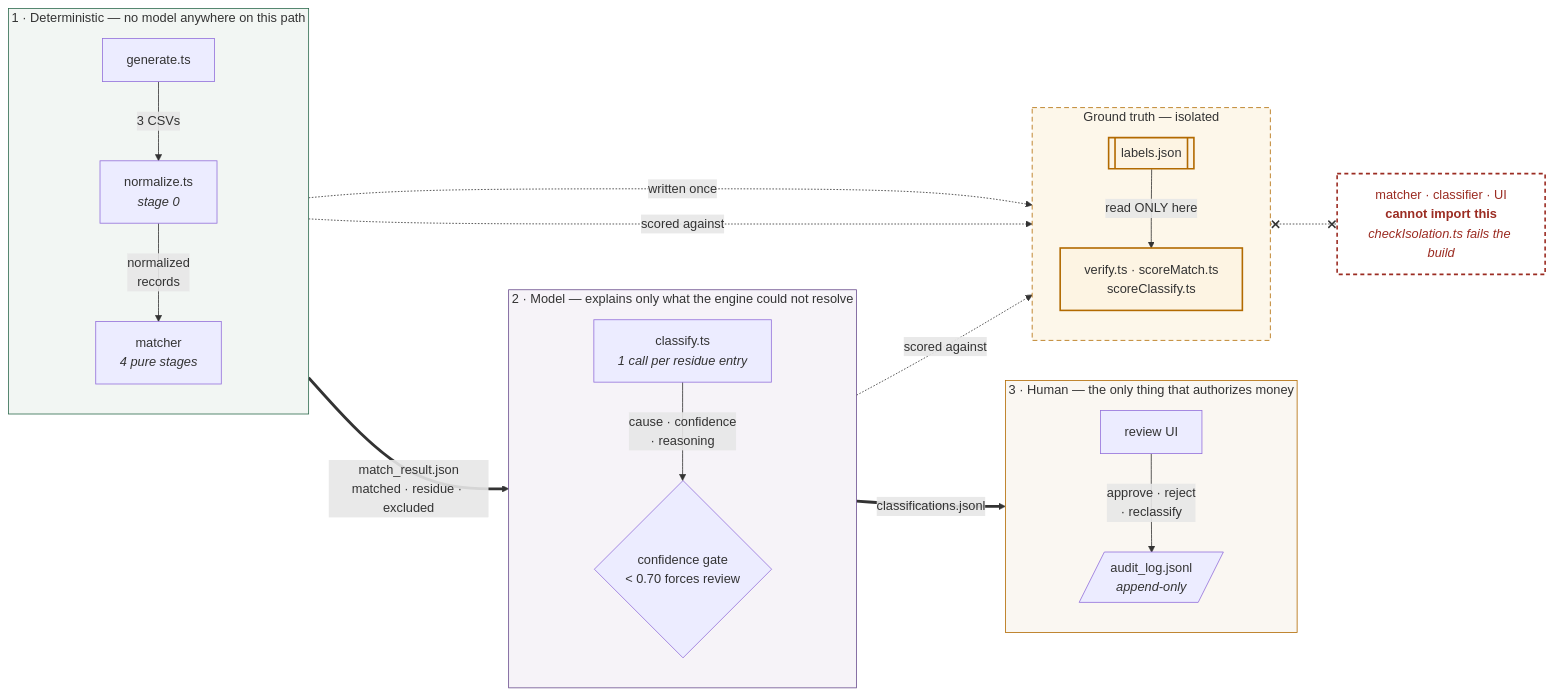
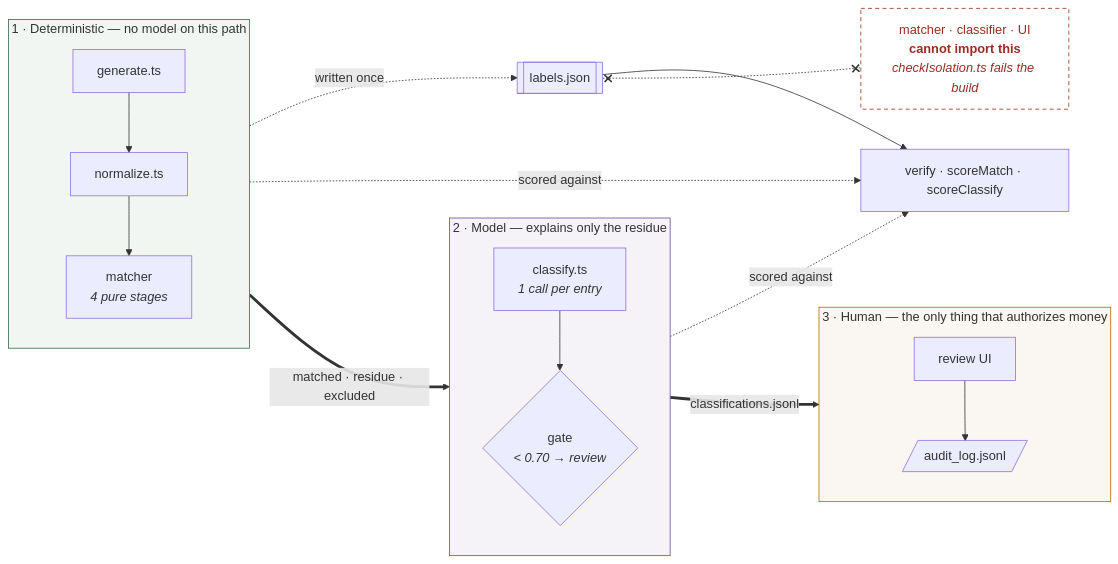
Before and after one commit to varnikapv/recoloop: the second of 4 diagrams in ARCHITECTURE.md, drawn with Mermaid. The commit also changed other lines of this file and 3 other files, not shown here.

````diff
--- a/ARCHITECTURE.md
+++ b/ARCHITECTURE.md
@@ -30,49 +43,28 @@
 ```mermaid
 flowchart LR
-  subgraph DET["1 · Deterministic — no model anywhere on this path"]
+  subgraph DET["1 · Deterministic — no model on this path"]
     direction TB
-    GEN["generate.ts"]
-    NORM["normalize.ts<br/><i>stage 0</i>"]
-    MATCH["matcher<br/><i>4 pure stages</i>"]
-    GEN -->|"3 CSVs"| NORM
-    NORM -->|"normalized<br/>records"| MATCH
+    GEN["generate.ts"] --> NORM["normalize.ts"] --> MATCH["matcher<br/><i>4 pure stages</i>"]
   end
-
-  subgraph AI["2 · Model — explains only what the engine could not resolve"]
+  subgraph AI["2 · Model — explains only the residue"]
     direction TB
-    CLS["classify.ts<br/><i>1 call per residue entry</i>"]
-    GATE{"confidence gate<br/>&lt; 0.70 forces review"}
-    CLS -->|"cause · confidence<br/>· reasoning"| GATE
+    CLS["classify.ts<br/><i>1 call per entry</i>"] --> GATE{"gate<br/><i>&lt; 0.70 → review</i>"}
   end
-
   subgraph HUM["3 · Human — the only thing that authorizes money"]
     direction TB
-    UI["review UI"]
-    AUDIT[/"audit_log.jsonl<br/><i>append-only</i>"/]
-    UI -->|"approve · reject<br/>· reclassify"| AUDIT
+    UI["review UI"] --> AUDIT[/"audit_log.jsonl"/]
   end
-
-  MATCH ==>|"match_result.json<br/>matched · residue · excluded"| CLS
+  L[["labels.json"]] --> SC["verify · scoreMatch · scoreClassify"]
+  MATCH ==>|"matched · residue · excluded"| CLS
   GATE ==>|"classifications.jsonl"| UI
-
-  subgraph TRUTH["Ground truth — isolated"]
-    direction TB
-    L[["labels.json"]]
-    SC["verify.ts · scoreMatch.ts<br/>scoreClassify.ts"]
-    L -->|"read ONLY here"| SC
-  end
-
   GEN -.->|"written once"| L
   MATCH -.->|"scored against"| SC
   GATE -.->|"scored against"| SC
   L x-.-x BLOCKED["matcher · classifier · UI<br/><b>cannot import this</b><br/><i>checkIsolation.ts fails the build</i>"]
 
-  classDef truth fill:#fdf4e3,stroke:#b26a00,stroke-width:2px;
-  classDef blocked fill:#fff,stroke:#9b2c22,stroke-width:2px,stroke-dasharray:5 4,color:#9b2c22;
-  class L,SC truth;
+  classDef blocked fill:#fff,stroke:#9b2c22,stroke-dasharray:5 4,color:#9b2c22;
   class BLOCKED blocked;
   style DET fill:#f2f6f3,stroke:#2f6b4f
   style AI fill:#f6f3f8,stroke:#6b4f8f
   style HUM fill:#faf7f2,stroke:#b26a00
-  style TRUTH fill:#fdf7ea,stroke:#b26a00,stroke-dasharray:6 4
 ```
````
